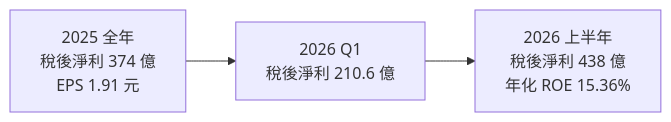
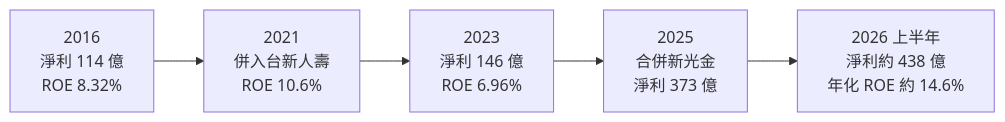
Before and after one commit to wangnick1004/taiwan-stock-vault: the third of 4 diagrams in 個股/台股/2887台新新光金.md, drawn with Mermaid. The commit also changed other lines of this file and 7 other files, not shown here.

````diff
--- a/個股/台股/2887台新新光金.md
+++ b/個股/台股/2887台新新光金.md
@@ -148,4 +154,4 @@
 ```mermaid
 flowchart LR
-    Y["2025 全年<br/>稅後淨利 374 億<br/>EPS 1.91 元"] --> Q1["2026 Q1<br/>稅後淨利 210.6 億"] --> H1["2026 上半年<br/>稅後淨利 438 億<br/>年化 ROE 15.36%"]
+    Y16["2016<br/>淨利 114 億<br/>ROE 8.32%"] --> Y21["2021<br/>併入台新人壽<br/>ROE 10.6%"] --> Y23["2023<br/>淨利 146 億<br/>ROE 6.96%"] --> Y25["2025<br/>合併新光金<br/>淨利 373 億"] --> H26["2026 上半年<br/>淨利約 438 億<br/>年化 ROE 約 14.6%"]
 ```
````
